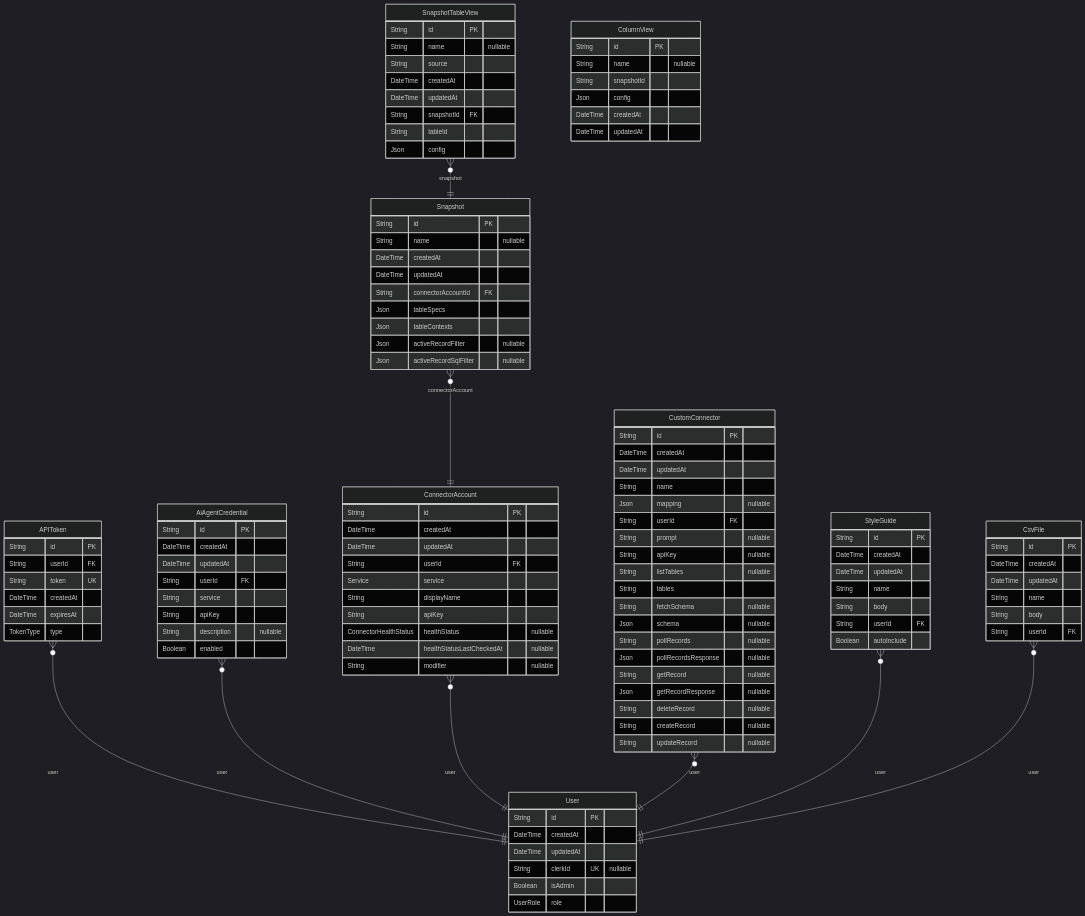
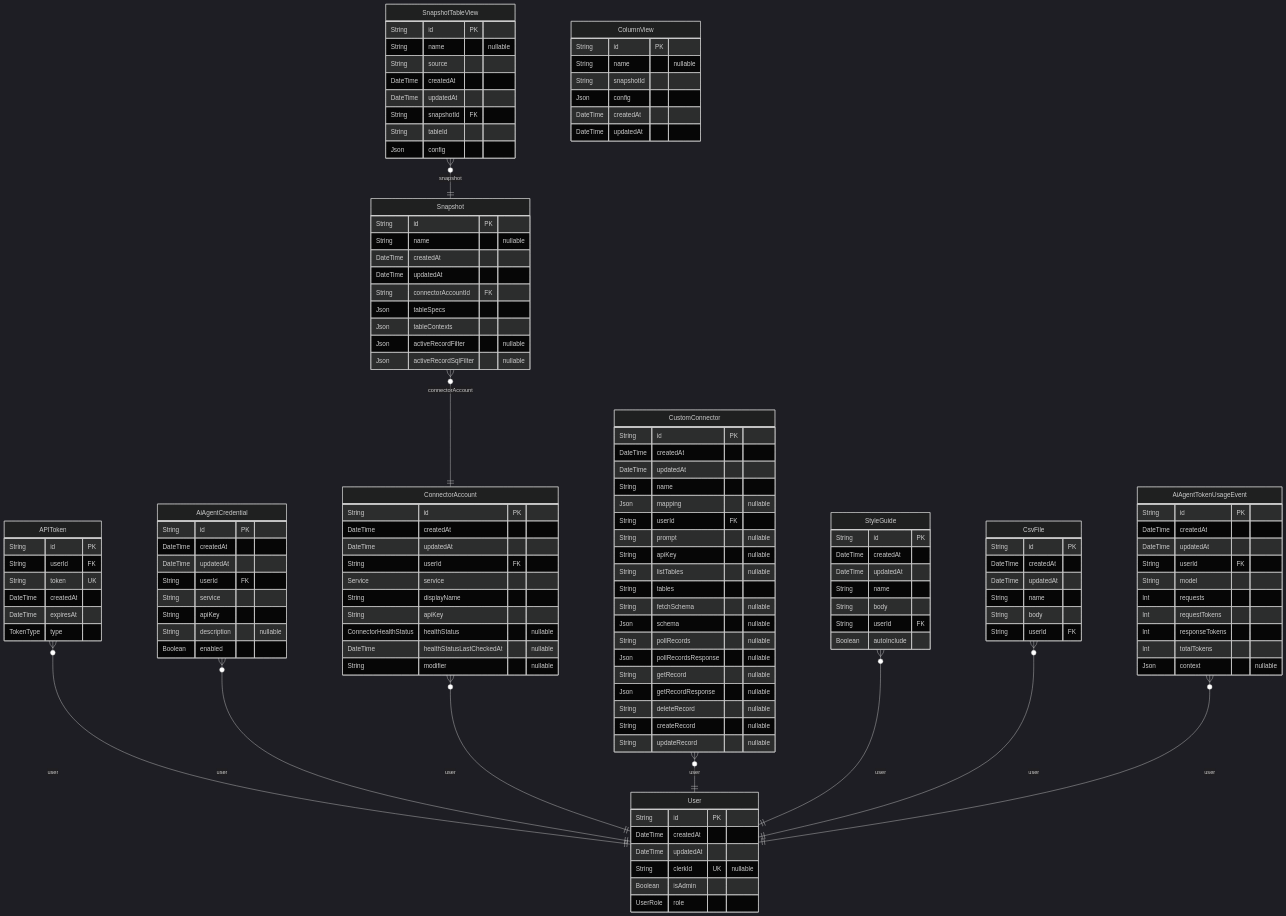
Before and after one commit to whalesync/scratch-cli: the diagram in server/prisma/ERD.md, drawn with Mermaid (dark theme). The commit also changed other lines of this file and 11 other files, not shown here.

Commit message:
[server, agent] track token usage in the DB

````diff
--- a/server/prisma/ERD.md
+++ b/server/prisma/ERD.md
@@ -113,6 +113,18 @@
   DateTime createdAt
   DateTime updatedAt
 }
+"AiAgentTokenUsageEvent" {
+  String id PK
+  DateTime createdAt
+  DateTime updatedAt
+  String userId FK
+  String model
+  Int requests
+  Int requestTokens
+  Int responseTokens
+  Int totalTokens
+  Json context "nullable"
+}
 "APIToken" }o--|| "User" : user
 "AiAgentCredential" }o--|| "User" : user
 "ConnectorAccount" }o--|| "User" : user
@@ -121,4 +133,5 @@
 "SnapshotTableView" }o--|| "Snapshot" : snapshot
 "StyleGuide" }o--|| "User" : user
 "CsvFile" }o--|| "User" : user
+"AiAgentTokenUsageEvent" }o--|| "User" : user
 ```
````
